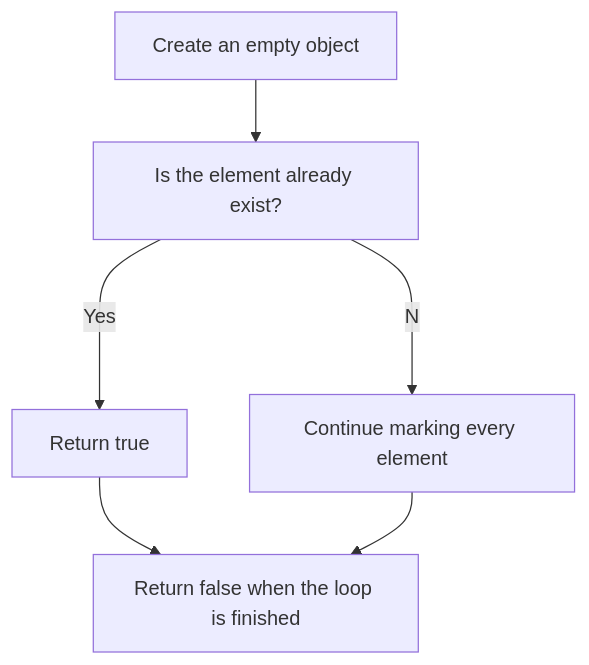
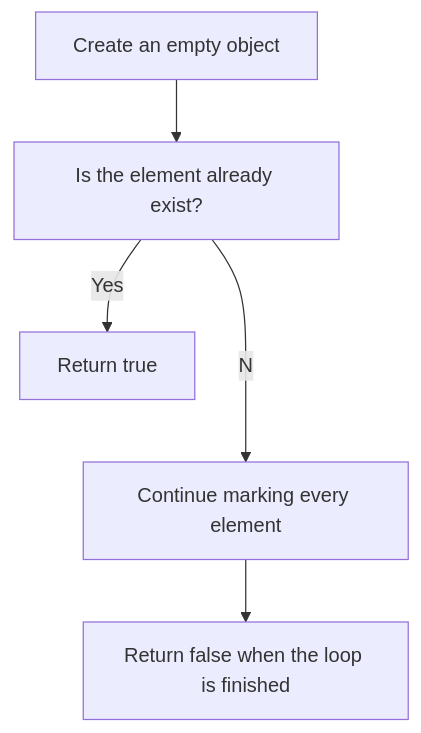
Before and after one commit to damarbm30/competitive-programming: the diagram in Warmup/Contains Duplicate/README.md, drawn with Mermaid.

````diff
--- a/Warmup/Contains Duplicate/README.md
+++ b/Warmup/Contains Duplicate/README.md
@@ -9,8 +9,7 @@
 ```mermaid
 graph TD;
     A[Create an empty object]-->B[Loop every element];
     B[Is the element already exist?]--Yes-->C[Return true];
     B[Is the element already exist?]--No-->D[Continue marking every element];
-    C-->E[Return false when the loop is finished];
     D-->E[Return false when the loop is finished];
 ```
````
